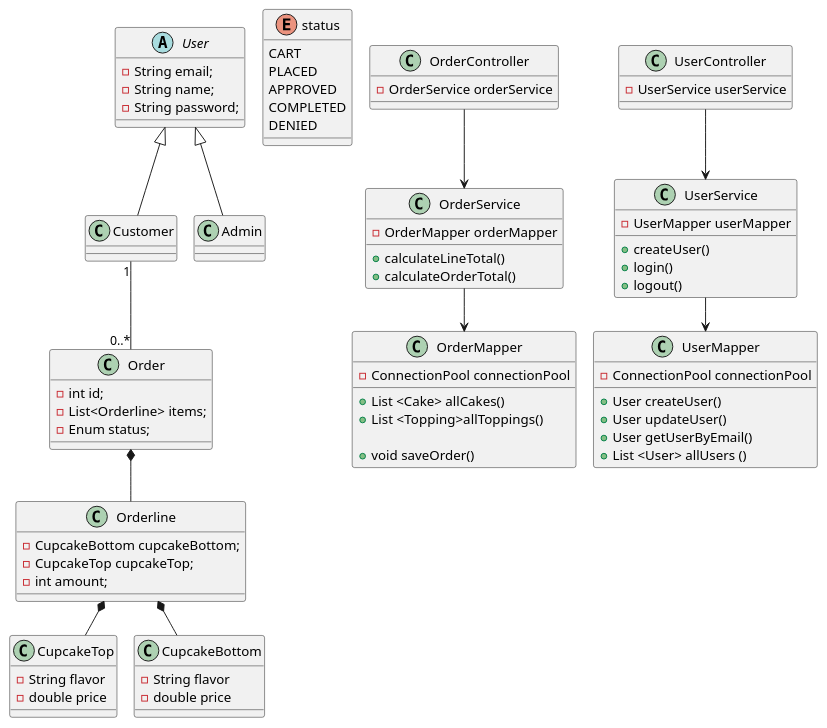
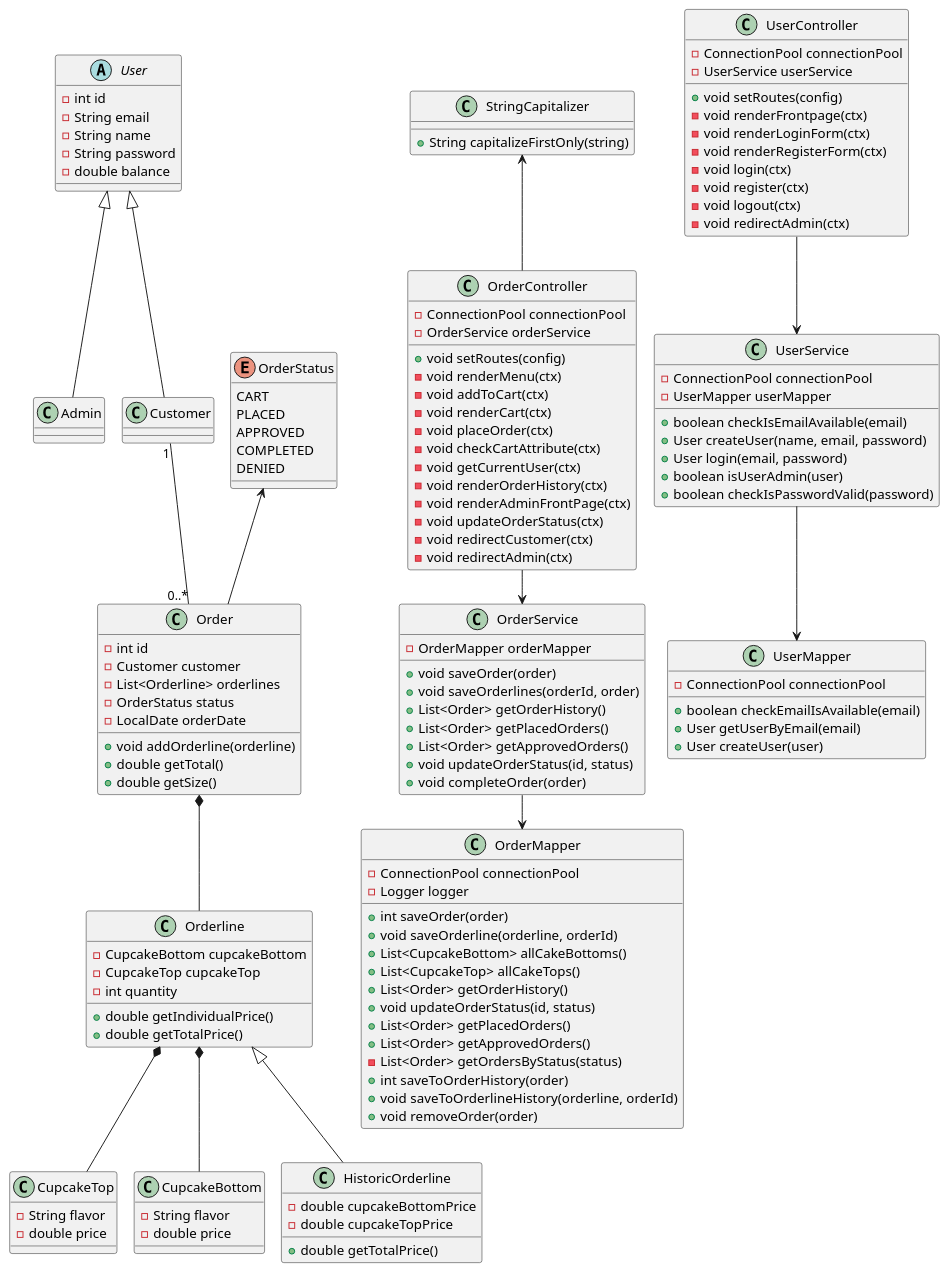
One commit to Ledut-dev/Cupcake changed the diagram in docs/Class-diagram.puml. Above: the diagram before and after it, drawn with PlantUML. The commit also changed 2 other files, not shown here.

Commit message:
Class diagram update (#65)
* Opdateret klassers felter og metoder.

Slettet skrald og ændret controllermetoder til private

* Omrokering i klassediagrammet og et par nye relationer

---------

```diff
--- a/docs/Class-diagram.puml
+++ b/docs/Class-diagram.puml
@@ -1,101 +1,162 @@
 @startuml
 'https://plantuml.com/class-diagram
 !pragma layout smetana
+
+abstract class User{
+-int id
+-String email
+-String name
+-String password
+-double balance
+}
+
+class Admin extends User{
+}
+
+class Customer extends User{
+}
+
+class Order {
+ - int id
+ - Customer customer
+ - List<Orderline> orderlines
+ - OrderStatus status
+ - LocalDate orderDate
+
+ + void addOrderline(orderline)
+ + double getTotal()
+ + double getSize()
+}
+
+class Orderline{
+- CupcakeBottom cupcakeBottom
+- CupcakeTop cupcakeTop
+- int quantity
+
++ double getIndividualPrice()
++ double getTotalPrice()
+}
 
 class CupcakeTop{
 -String flavor
 -double price
 }
 
 class CupcakeBottom{
 -String flavor
 -double price
 }
 
-class Orderline{
-- CupcakeBottom cupcakeBottom;
-- CupcakeTop cupcakeTop;
-- int amount;
+class HistoricOrderline extends Orderline{
+- double cupcakeBottomPrice
+- double cupcakeTopPrice
+
++ double getTotalPrice()
 }
 
-
-
-class Order {
- - int id;
- - List<Orderline> items;
- - Enum status;
+class StringCapitalizer {
++ String capitalizeFirstOnly(string)
 }
 
-Enum status{
+Enum OrderStatus{
 CART
 PLACED
 APPROVED
 COMPLETED
 DENIED
 }
 
+class OrderController{
+- ConnectionPool connectionPool
+- OrderService orderService
+
++ void setRoutes(config)
+- void renderMenu(ctx)
+- void addToCart(ctx)
+- void renderCart(ctx)
+- void placeOrder(ctx)
+- void checkCartAttribute(ctx)
+- void getCurrentUser(ctx)
+- void renderOrderHistory(ctx)
+- void renderAdminFrontPage(ctx)
+- void updateOrderStatus(ctx)
+- void redirectCustomer(ctx)
+- void redirectAdmin(ctx)
+}
+
 class OrderService{
 -OrderMapper orderMapper
 
-+calculateLineTotal()
-+calculateOrderTotal()
-}
-
-class OrderController{
--OrderService orderService
++ void saveOrder(order)
++ void saveOrderlines(orderId, order)
++ List<Order> getOrderHistory()
++ List<Order> getPlacedOrders()
++ List<Order> getApprovedOrders()
++ void updateOrderStatus(id, status)
++ void completeOrder(order)
 }
 
 class OrderMapper {
 -ConnectionPool connectionPool
+- Logger logger
 
-+List <Cake> allCakes()
-+List <Topping>allToppings()
-
-+void saveOrder()
-}
-
-abstract class User{
--String email;
--String name;
--String password;
-}
-
-class Customer extends User{
-}
-
-class Admin extends User{
++ int saveOrder(order)
++ void saveOrderline(orderline, orderId)
++ List<CupcakeBottom> allCakeBottoms()
++ List<CupcakeTop> allCakeTops()
++ List<Order> getOrderHistory()
++ void updateOrderStatus(id, status)
++ List<Order> getPlacedOrders()
++ List<Order> getApprovedOrders()
+- List<Order> getOrdersByStatus(status)
++ int saveToOrderHistory(order)
++ void saveToOrderlineHistory(orderline, orderId)
++ void removeOrder(order)
 }
 
 class UserController{
+- ConnectionPool connectionPool
 - UserService userService
+
++ void setRoutes(config)
+- void renderFrontpage(ctx)
+- void renderLoginForm(ctx)
+- void renderRegisterForm(ctx)
+- void login(ctx)
+- void register(ctx)
+- void logout(ctx)
+- void redirectAdmin(ctx)
 }
 
 class UserService{
+- ConnectionPool connectionPool
 - UserMapper userMapper
-+createUser()
-+login()
-+logout()
+
++ boolean checkIsEmailAvailable(email)
++ User createUser(name, email, password)
++ User login(email, password)
++ boolean isUserAdmin(user)
++ boolean checkIsPasswordValid(password)
 }
 
 class UserMapper{
 -ConnectionPool connectionPool
 
-+ User createUser()
-+ User updateUser()
-+ User getUserByEmail()
-+ List <User> allUsers ()
-
++ boolean checkEmailIsAvailable(email)
++ User getUserByEmail(email)
++ User createUser(user)
 }
 
-
 Order *-- Orderline
+OrderStatus <-- Order
 Orderline *-- CupcakeBottom
 Orderline *-- CupcakeTop
 Customer "1"-- "0..*"Order
 OrderService --> OrderMapper
 OrderController --> OrderService
+StringCapitalizer <-- OrderController
 UserService --> UserMapper
 UserController --> UserService
 
 
 @enduml
```
